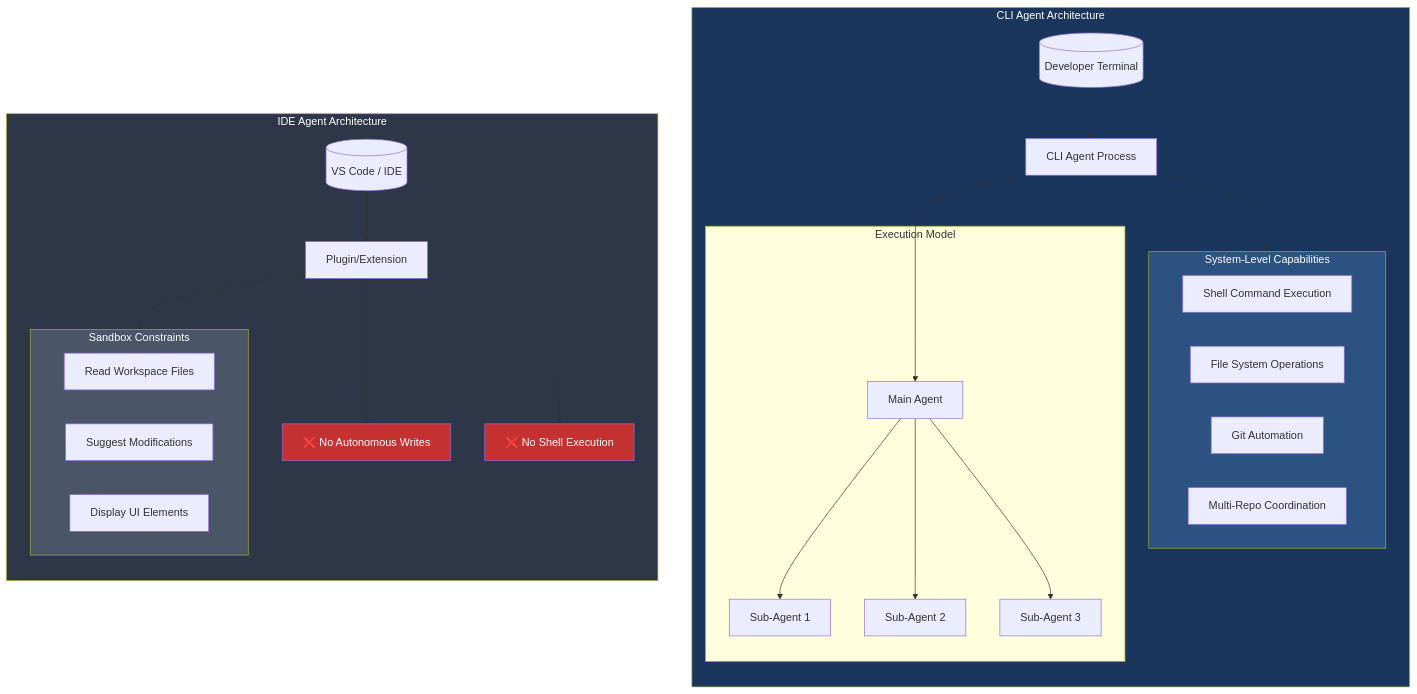
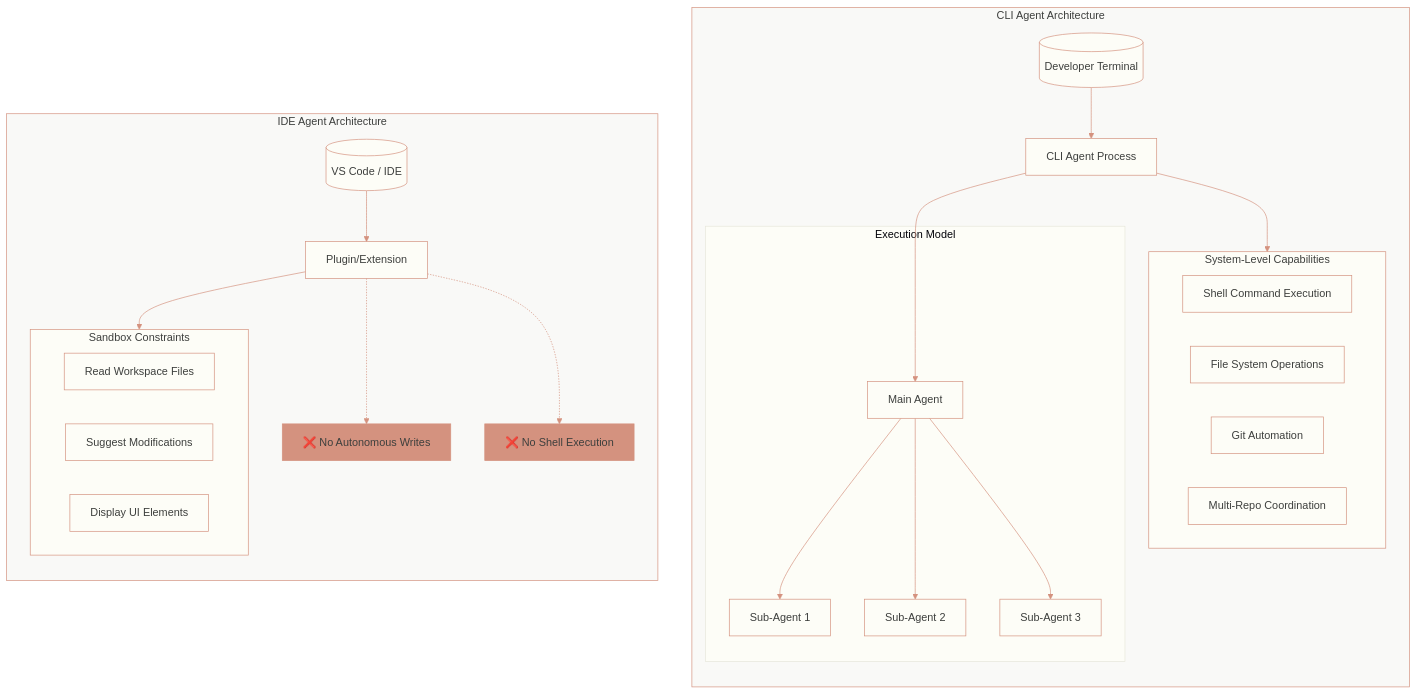
Before and after one commit to srikanth-paladugula/Learning: the third of 5 diagrams in Agentic AI/ai-coding-agents-2026.md, drawn with Mermaid. The commit also changed other lines of this file, not shown here.

First line of the commit message:
Refactor mermaid diagrams and update links

````diff
--- a/Agentic AI/ai-coding-agents-2026.md
+++ b/Agentic AI/ai-coding-agents-2026.md
@@ -316,54 +319,55 @@
 ```mermaid
+%%{init: {"theme": "base", "themeVariables": {"background": "#f9f9f7", "primaryColor": "#fdfdf7", "primaryTextColor": "#3d3f3d", "primaryBorderColor": "#d4927f", "lineColor": "#d4927f", "secondaryColor": "#f9f9f7", "tertiaryColor": "#fdfdf7", "fontFamily": "Segoe UI, Arial, sans-serif"}}}%%
 flowchart TB
     subgraph CLI["CLI Agent Architecture"]
         direction TB
         User[("Developer Terminal")]
         Agent["CLI Agent Process"]
         
         subgraph Capabilities["System-Level Capabilities"]
             Shell["Shell Command Execution"]
             FS["File System Operations"]
             Git["Git Automation"]
             Multi["Multi-Repo Coordination"]
         end
         
         subgraph Execution["Execution Model"]
             Main["Main Agent"]
             Sub1["Sub-Agent 1"]
             Sub2["Sub-Agent 2"]
             Sub3["Sub-Agent 3"]
         end
         
         User --> Agent
         Agent --> Capabilities
         Agent --> Main
         Main --> Sub1 & Sub2 & Sub3
     end
     
     subgraph IDE["IDE Agent Architecture"]
         direction TB
         Editor[("VS Code / IDE")]
         Plugin["Plugin/Extension"]
         
         subgraph Constraints["Sandbox Constraints"]
             Read["Read Workspace Files"]
             Suggest["Suggest Modifications"]
             UI["Display UI Elements"]
         end
         
         NoWrite["❌ No Autonomous Writes"]
         NoShell["❌ No Shell Execution"]
         
         Editor --> Plugin
         Plugin --> Constraints
         Plugin -.-> NoWrite
         Plugin -.-> NoShell
     end
     
-    style CLI fill:#1a365d,color:#fff
-    style IDE fill:#2d3748,color:#fff
-    style Capabilities fill:#2c5282,color:#fff
-    style Constraints fill:#4a5568,color:#fff
-    style NoWrite fill:#c53030,color:#fff
-    style NoShell fill:#c53030,color:#fff
+    style CLI fill:#f9f9f7,stroke:#d4927f,color:#3d3f3d
+    style IDE fill:#f9f9f7,stroke:#d4927f,color:#3d3f3d
+    style Capabilities fill:#fdfdf7,stroke:#d4927f,color:#3d3f3d
+    style Constraints fill:#fdfdf7,stroke:#d4927f,color:#3d3f3d
+    style NoWrite fill:#d4927f,stroke:#d4927f,color:#3d3f3d
+    style NoShell fill:#d4927f,stroke:#d4927f,color:#3d3f3d
 ```
````
